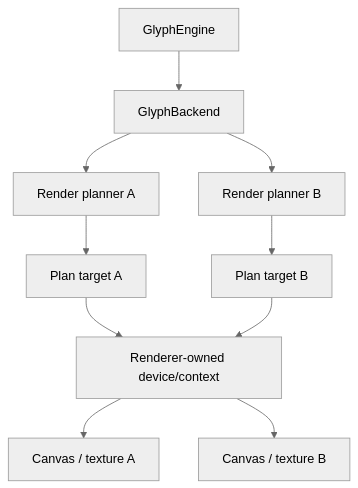
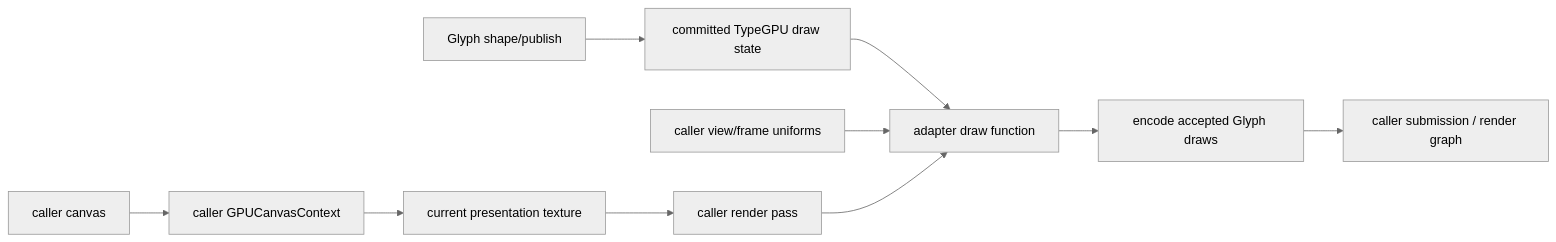
One commit to pmndrs/glyph changed the fourth of 5 diagrams in docs/guides/renderer-integration.md. Above: the diagram before and after it, drawn with Mermaid (neutral theme). The commit also changed other lines of this file and 7 other files, not shown here.

Commit message:
docs(glyph): enforce type integrity at boundaries

````diff
--- a/docs/guides/renderer-integration.md
+++ b/docs/guides/renderer-integration.md
@@ -449,12 +758,12 @@
 ```mermaid
-flowchart TD
-  Engine[GlyphEngine] --> Backend[GlyphBackend]
-  Backend --> PlanA[Render planner A]
-  Backend --> PlanB[Render planner B]
-  PlanA --> TargetA[Plan target A]
-  PlanB --> TargetB[Plan target B]
-  TargetA --> Device[Renderer-owned device/context]
-  TargetB --> Device
-  Device --> CanvasA[Canvas / texture A]
-  Device --> CanvasB[Canvas / texture B]
+flowchart LR
+  Publish[Glyph shape/publish] --> State[committed TypeGPU draw state]
+  State --> HostAdapter[adapter draw function]
+  Canvas[caller canvas] --> Context[caller GPUCanvasContext]
+  Context --> Texture[current presentation texture]
+  Texture --> Pass[caller render pass]
+  Camera[caller view/frame uniforms] --> HostAdapter
+  Pass --> HostAdapter
+  HostAdapter --> Commands[encode accepted Glyph draws]
+  Commands --> Queue[caller submission / render graph]
 ```
````
